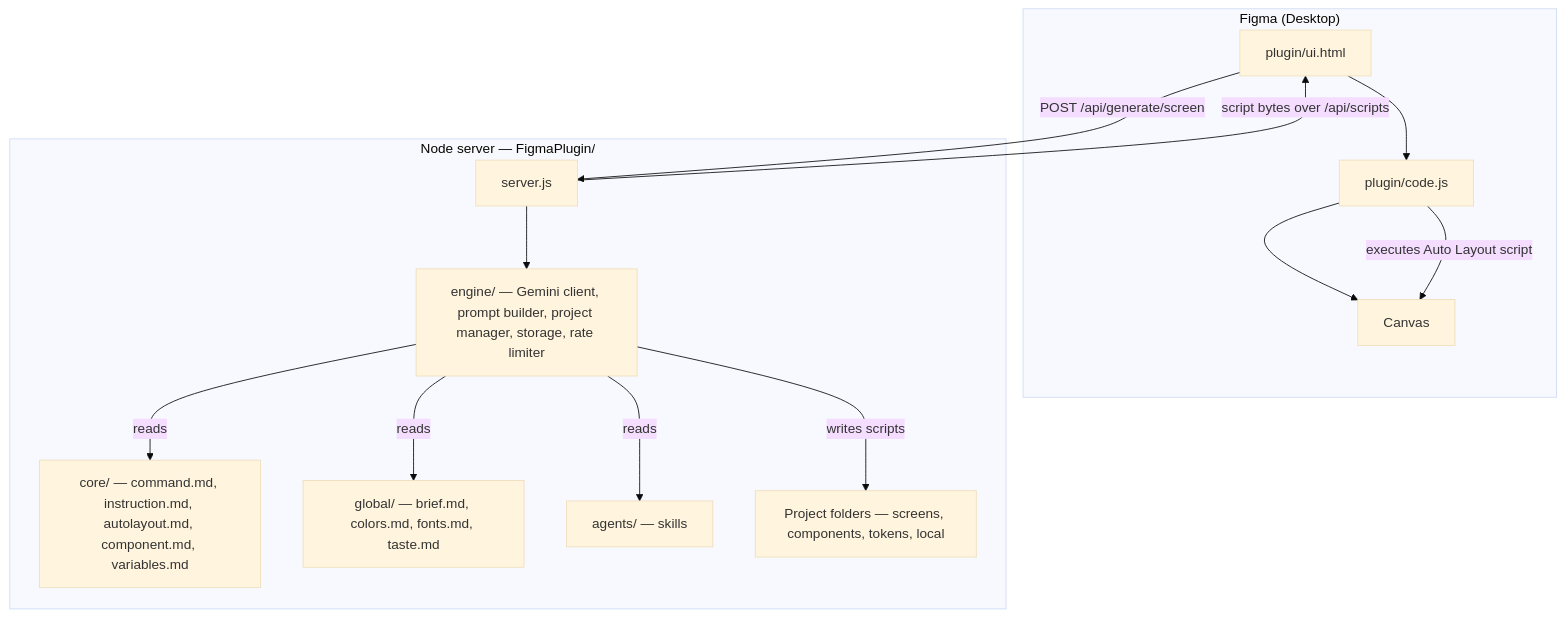
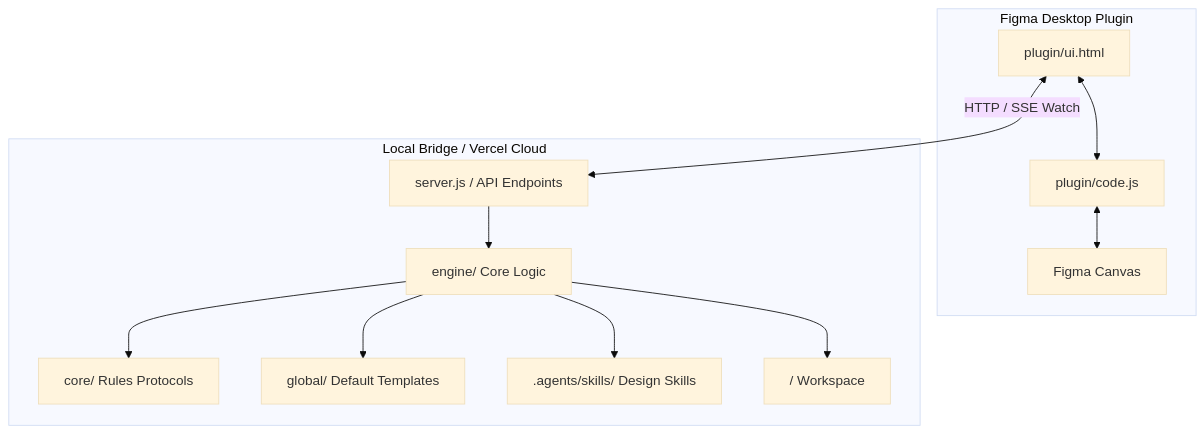
The fifth of 5 diagrams in README.md (Anshul2021/Figma-Mcp), drawn with Mermaid (base theme) before and after one commit. The commit also changed other lines of this file, not shown here.

````diff
--- a/README.md
+++ b/README.md
@@ -211,23 +153,23 @@
 ```mermaid
 flowchart TD
-    subgraph Figma["Figma (Desktop)"]
-        P1["plugin/ui.html"] --> P2["plugin/code.js"]
-        P2 --> CANVAS["Canvas"]
+    subgraph FigmaClient["Figma Desktop Plugin"]
+        UI["plugin/ui.html"] <--> CODE["plugin/code.js"]
+        CODE <--> CANVAS["Figma Canvas"]
     end
-    subgraph Server["Node server — FigmaPlugin/"]
-        S1["server.js"]
-        S2["engine/ — Gemini client, prompt builder, project manager, storage, rate limiter"]
-        CORE["core/ — command.md, instruction.md, autolayout.md, component.md, variables.md"]
-        G["global/ — brief.md, colors.md, fonts.md, taste.md"]
-        SK["agents/ — skills"]
-        PROJ["Project folders — screens, components, tokens, local"]
+
+    subgraph NodeServer["Local Bridge / Vercel Cloud"]
+        SERVER["server.js / API Endpoints"]
+        ENGINE["engine/ Core Logic"]
+        CORE["core/ Rules Protocols"]
+        GLOBAL["global/ Default Templates"]
+        SKILLS[".agents/skills/ Design Skills"]
+        PROJECTS["<Project_Name>/ Workspace"]
     end
-    P1 -->|"POST /api/generate/screen"| S1
-    S1 --> S2
-    S2 -->|"reads"| CORE
-    S2 -->|"reads"| G
-    S2 -->|"reads"| SK
-    S2 -->|"writes scripts"| PROJ
-    S1 -->|"script bytes over /api/scripts"| P1
-    P2 -->|"executes Auto Layout script"| CANVAS
+
+    UI <-->|HTTP / SSE Watch| SERVER
+    SERVER --> ENGINE
+    ENGINE --> CORE
+    ENGINE --> GLOBAL
+    ENGINE --> SKILLS
+    ENGINE --> PROJECTS
 ```
````
